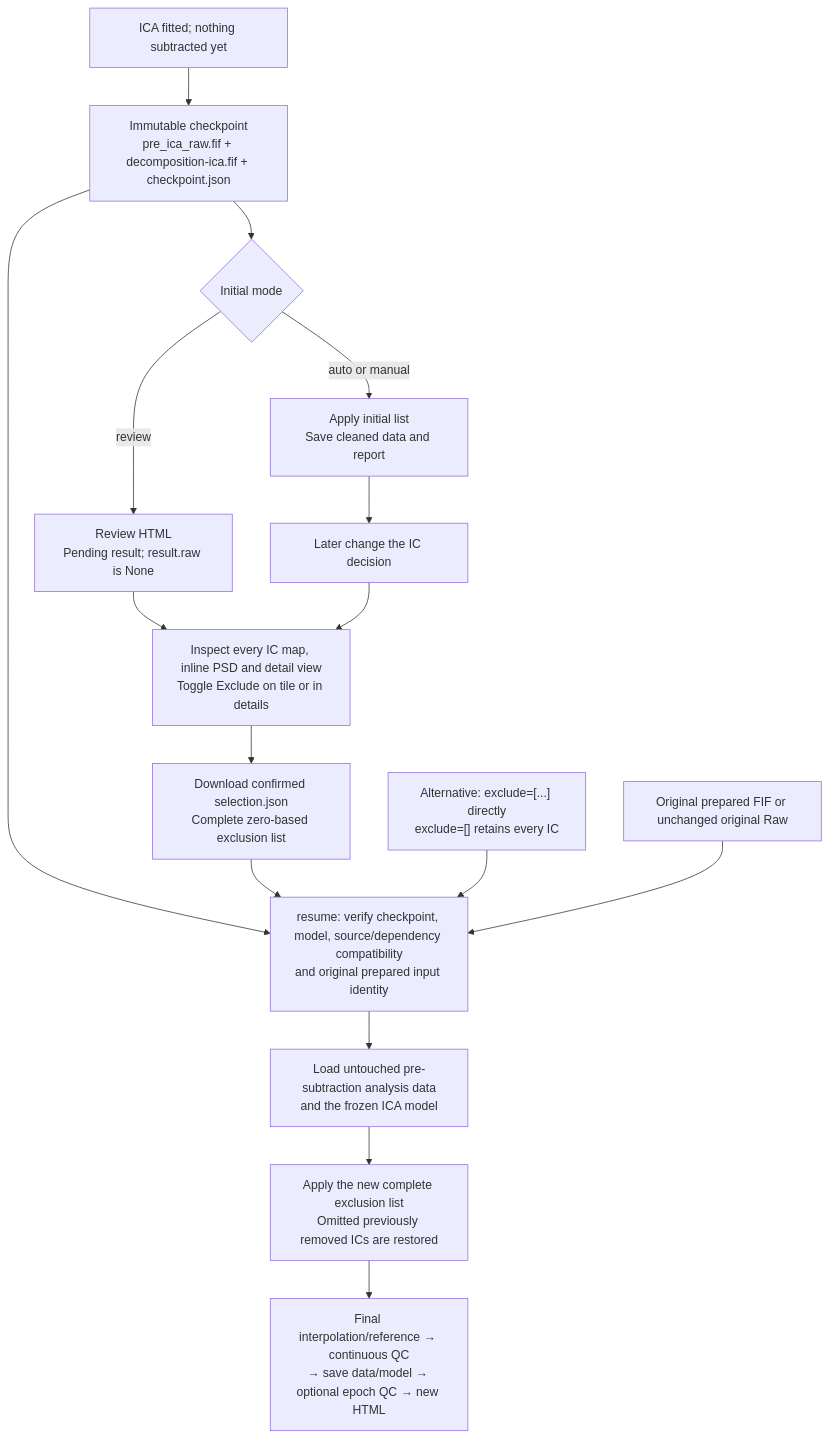
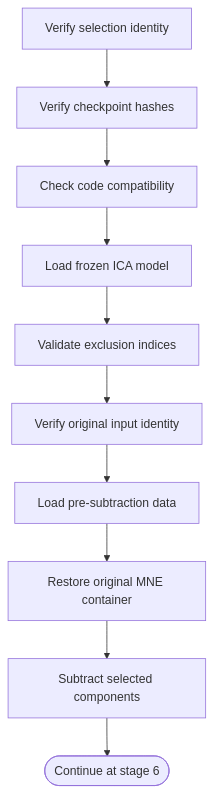
The ninth of 11 diagrams in docs/en/workflow.md (LeiGuo0812/eegproc), drawn with Mermaid before and after one commit. The commit also changed other lines of this file and 3 other files, not shown here.

Commit message:
docs: split workflow diagrams into individual processing steps

````diff
--- a/docs/en/workflow.md
+++ b/docs/en/workflow.md
@@ -68,20 +252,24 @@
 ```mermaid
 flowchart TB
-    accTitle: ICA review and continuation
-    accDescr: Top-down sequence of processing, review decisions, or delivered files.
-    FIT["ICA fitted; nothing subtracted yet"] --> CHECKPOINT["Immutable checkpoint<br/>pre_ica_raw.fif + decomposition-ica.fif + checkpoint.json"]
-    CHECKPOINT --> MODE{"Initial mode"}
-    MODE -->|review| REVIEW["Review HTML<br/>Pending result; result.raw is None"]
-    MODE -->|auto or manual| RESULT["Apply initial list<br/>Save cleaned data and report"]
-    RESULT --> REVISE["Later change the IC decision"]
-    REVIEW --> UI["Inspect every IC map, inline PSD and detail view<br/>Toggle Exclude on tile or in details"]
-    REVISE --> UI
-    UI --> JSON["Download confirmed selection.json<br/>Complete zero-based exclusion list"]
-    CHECKPOINT --> VALIDATE["resume: verify checkpoint, model, source/dependency compatibility<br/>and original prepared input identity"]
-    JSON --> VALIDATE
-    LIST["Alternative: exclude=[...] directly<br/>exclude=[] retains every IC"] --> VALIDATE
-    ORIGINAL["Original prepared FIF or unchanged original Raw"] --> VALIDATE
-    VALIDATE --> LOAD["Load untouched pre-subtraction analysis data<br/>and the frozen ICA model"]
-    LOAD --> APPLY["Apply the new complete exclusion list<br/>Omitted previously removed ICs are restored"]
-    APPLY --> POST["Final interpolation/reference → continuous QC<br/>→ save data/model → optional epoch QC → new HTML"]
+    accTitle: Resume verified ICA checkpoint
+    accDescr: Verify the selection and unchanged checkpoint, restore original data and apply the revised complete exclusion list.
+    verify_selection["Verify selection identity"]
+    verify_hashes["Verify checkpoint hashes"]
+    check_compatibility["Check code compatibility"]
+    load_model["Load frozen ICA model"]
+    validate_exclusions["Validate exclusion indices"]
+    verify_original["Verify original input identity"]
+    load_pre_ica["Load pre-subtraction data"]
+    restore_metadata["Restore original MNE container"]
+    apply_selection["Subtract selected components"]
+    continue_delivery(["Continue at stage 6"])
+    verify_selection --> verify_hashes
+    verify_hashes --> check_compatibility
+    check_compatibility --> load_model
+    load_model --> validate_exclusions
+    validate_exclusions --> verify_original
+    verify_original --> load_pre_ica
+    load_pre_ica --> restore_metadata
+    restore_metadata --> apply_selection
+    apply_selection --> continue_delivery
 ```
````
